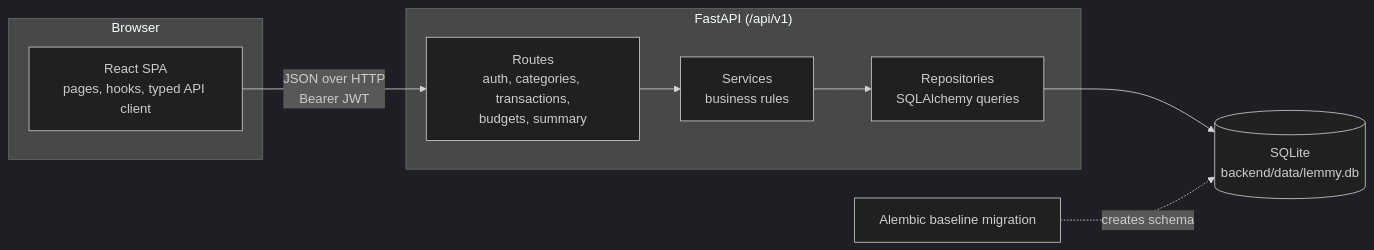
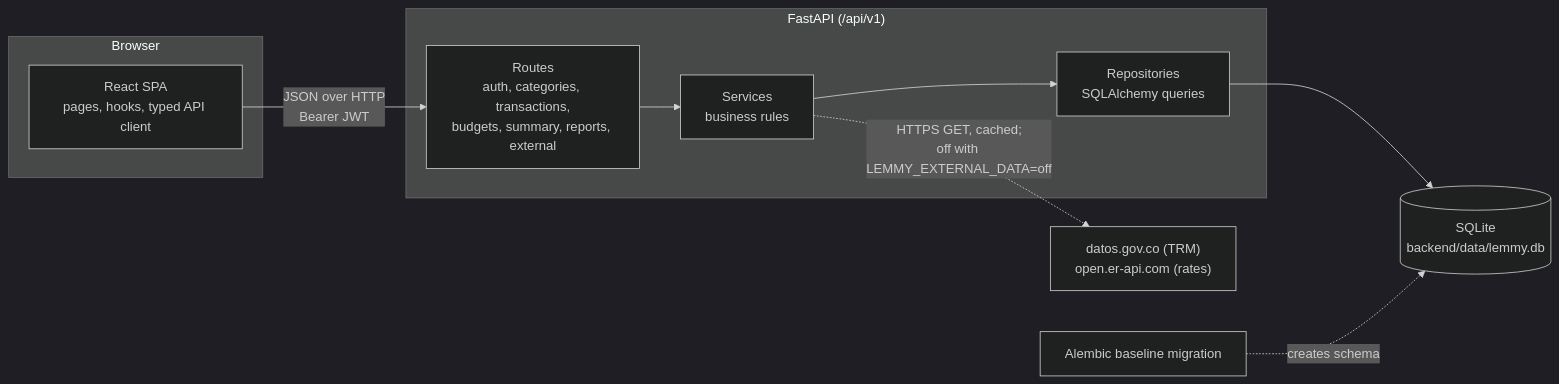
The first of 2 diagrams in README.md (Rerzd/Lemmy), drawn with Mermaid (dark theme) before and after one commit. The commit also changed other lines of this file, not shown here.

Commit message:
docs: README con datos externos, configuración, fuentes y conteo de pruebas

````diff
--- a/README.md
+++ b/README.md
@@ -36,19 +37,21 @@
 ```mermaid
 flowchart LR
     subgraph Browser
         SPA["React SPA<br/>pages, hooks, typed API client"]
     end
 
     subgraph API["FastAPI (/api/v1)"]
-        Routes["Routes<br/>auth, categories, transactions,<br/>budgets, summary"]
+        Routes["Routes<br/>auth, categories, transactions,<br/>budgets, summary, reports, external"]
         Services["Services<br/>business rules"]
         Repos["Repositories<br/>SQLAlchemy queries"]
         Routes --> Services --> Repos
     end
 
     DB[("SQLite<br/>backend/data/lemmy.db")]
+    Sources["datos.gov.co (TRM)<br/>open.er-api.com (rates)"]
 
     SPA -- "JSON over HTTP<br/>Bearer JWT" --> Routes
     Repos --> DB
+    Services -. "HTTPS GET, cached;<br/>off with LEMMY_EXTERNAL_DATA=off" .-> Sources
     Alembic["Alembic baseline migration"] -. creates schema .-> DB
 ```
````
